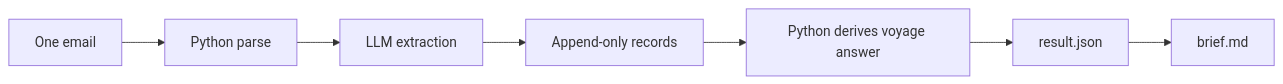
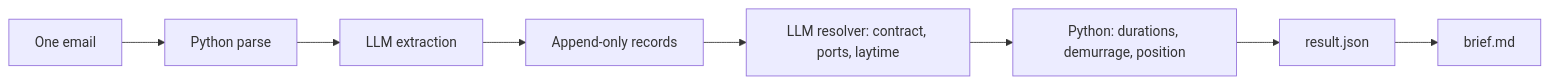
The first of 5 diagrams in ARCHITECTURE.md (silviiaromanato/demurrage), drawn with Mermaid before and after one commit. The commit also changed other lines of this file and 17 other files, not shown here.

````diff
--- a/ARCHITECTURE.md
+++ b/ARCHITECTURE.md
@@ -31,9 +41,10 @@
 ```mermaid
 flowchart LR
     Email["One email"] --> Parse["Python parse"]
     Parse --> Extract["LLM extraction"]
     Extract --> Records["Append-only records"]
-    Records --> Derive["Python derives voyage answer"]
-    Derive --> Result["result.json"]
+    Records --> Resolve["LLM resolver: contract, ports, laytime"]
+    Resolve --> Calculate["Python: durations, demurrage, position"]
+    Calculate --> Result["result.json"]
     Result --> Brief["brief.md"]
 ```
````
